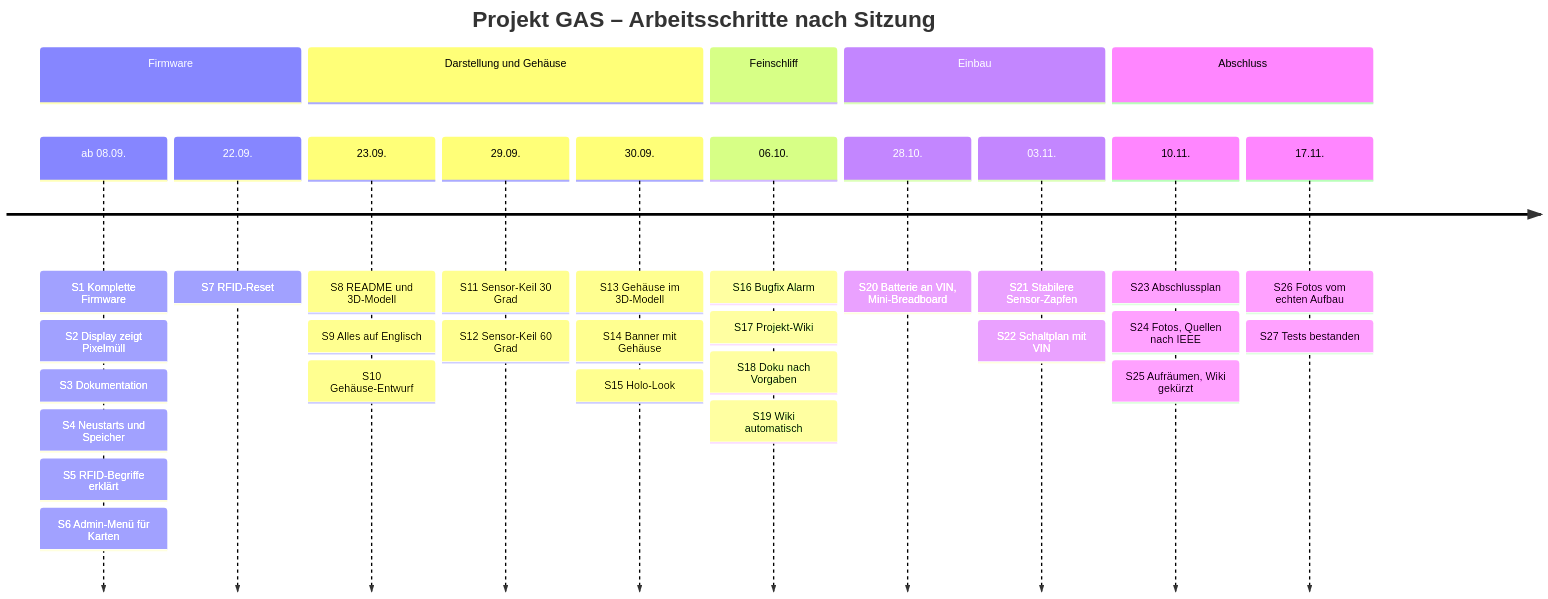
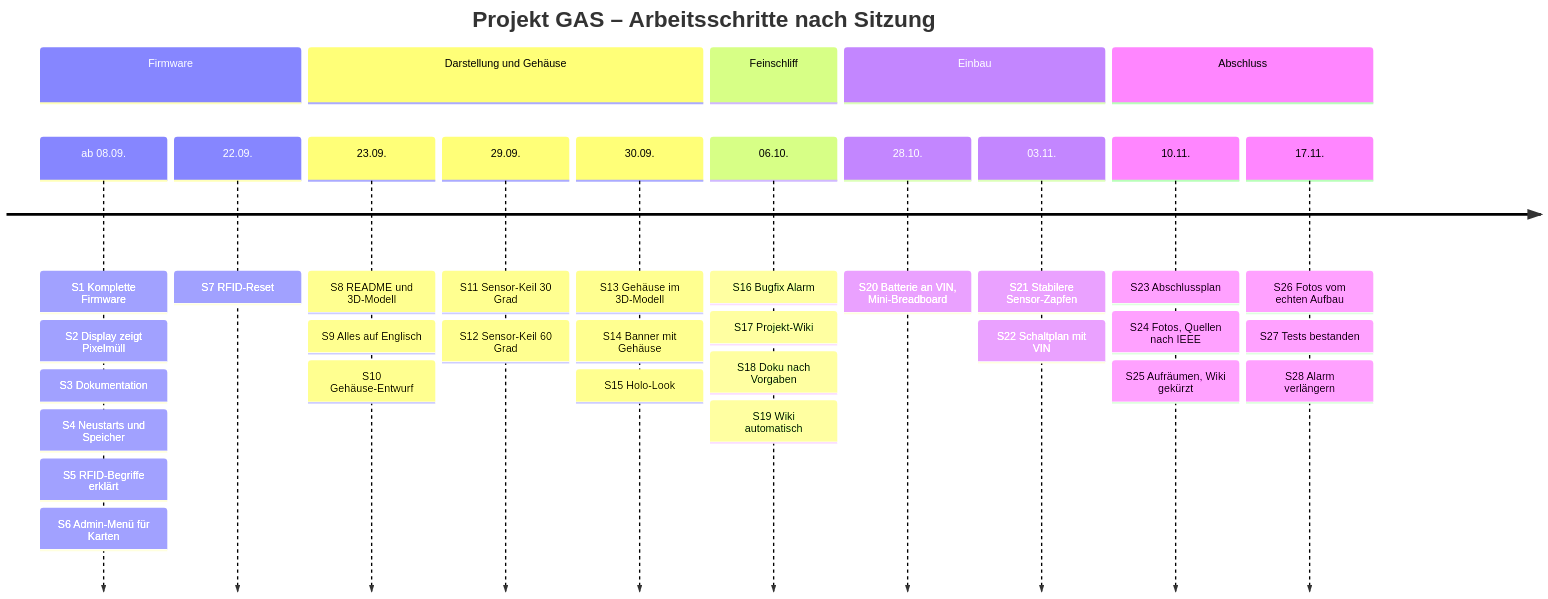
The first of 3 diagrams in wiki/Entwicklungsverlauf.md (BBZ-AIFS51/LF7-Projekt_GAS), drawn with Mermaid before and after one commit. The commit also changed other lines of this file and 12 other files, not shown here.

````diff
--- a/wiki/Entwicklungsverlauf.md
+++ b/wiki/Entwicklungsverlauf.md
@@ -23,36 +23,37 @@
 ```mermaid
 timeline
     title Projekt GAS – Arbeitsschritte nach Sitzung
     section Firmware
         ab 08.09. : S1 Komplette Firmware
                   : S2 Display zeigt Pixelmüll
                   : S3 Dokumentation
                   : S4 Neustarts und Speicher
                   : S5 RFID-Begriffe erklärt
                   : S6 Admin-Menü für Karten
         22.09. : S7 RFID-Reset
     section Darstellung und Gehäuse
         23.09. : S8 README und 3D-Modell
                : S9 Alles auf Englisch
                : S10 Gehäuse-Entwurf
         29.09. : S11 Sensor-Keil 30 Grad
                : S12 Sensor-Keil 60 Grad
         30.09. : S13 Gehäuse im 3D-Modell
                : S14 Banner mit Gehäuse
                : S15 Holo-Look
     section Feinschliff
         06.10. : S16 Bugfix Alarm
                : S17 Projekt-Wiki
                : S18 Doku nach Vorgaben
                : S19 Wiki automatisch
     section Einbau
         28.10. : S20 Batterie an VIN, Mini-Breadboard
         03.11. : S21 Stabilere Sensor-Zapfen
                : S22 Schaltplan mit VIN
     section Abschluss
         10.11. : S23 Abschlussplan
                : S24 Fotos, Quellen nach IEEE
                : S25 Aufräumen, Wiki gekürzt
         17.11. : S26 Fotos vom echten Aufbau
                : S27 Tests bestanden
+               : S28 Alarm verlängern
 ```
````
